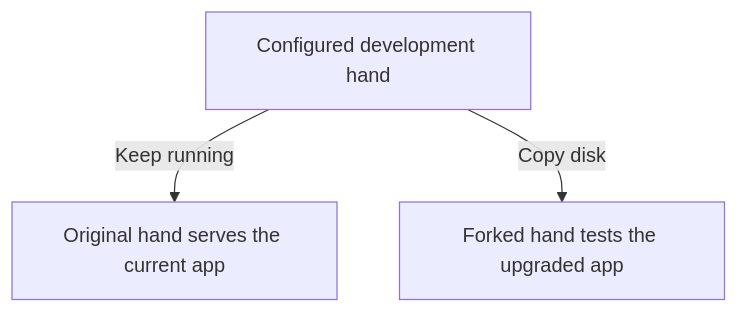
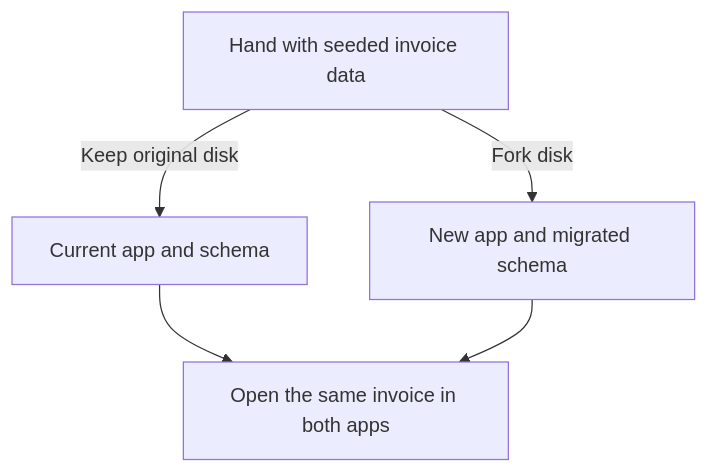
Before and after one commit to mifunedev/website: the second of 3 diagrams in posts/coding-agent-brain-and-hand.md, drawn with Mermaid. The commit also changed other lines of this file, not shown here.

Commit message:
Use a database migration to show why a hand fork matters

````diff
--- a/posts/coding-agent-brain-and-hand.md
+++ b/posts/coding-agent-brain-and-hand.md
@@ -38,6 +40,8 @@
 ```mermaid
 flowchart TB
-    source["Configured development hand"]
-    source -->|Keep running| original["Original hand serves the current app"]
-    source -->|Copy disk| fork["Forked hand tests the upgraded app"]
+    source["Hand with seeded invoice data"]
+    source -->|Keep original disk| original["Current app and schema"]
+    source -->|Fork disk| fork["New app and migrated schema"]
+    original --> compare["Open the same invoice in both apps"]
+    fork --> compare
 ```
````
